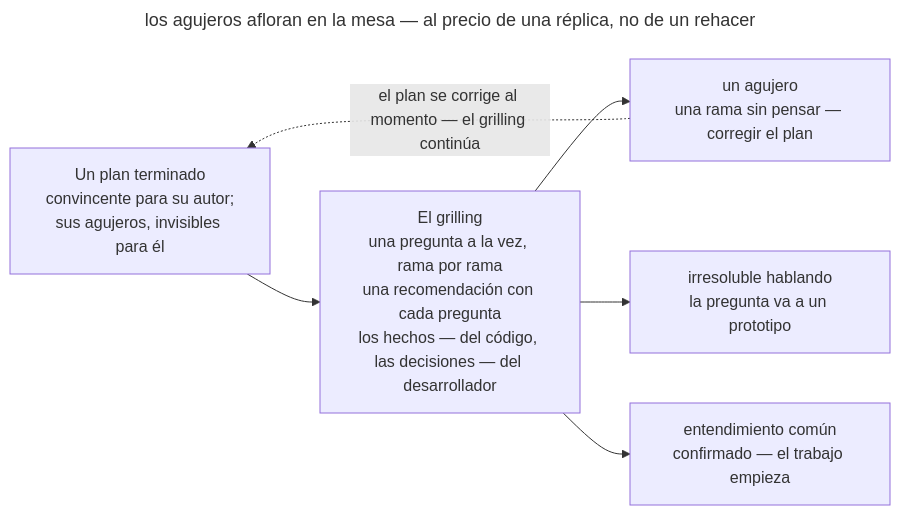
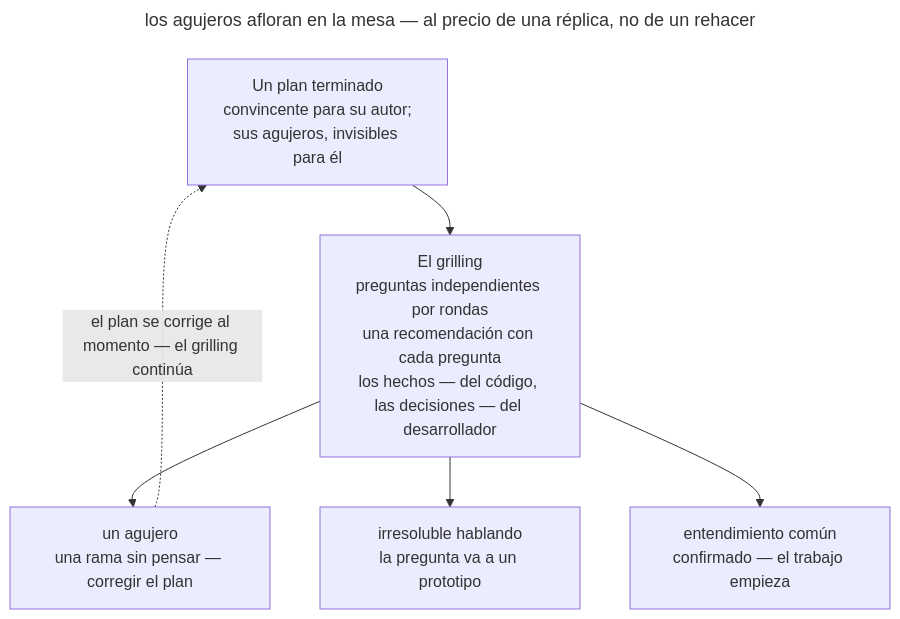
Before and after one commit to Rastavelli/agentic-coding-design-patterns: the diagram in book/es/grilling.md, drawn with Mermaid. The commit also changed other lines of this file and 29 other files, not shown here.

````diff
--- a/book/es/grilling.md
+++ b/book/es/grilling.md
@@ -68,16 +42,16 @@
 ```mermaid
 ---
 title: los agujeros afloran en la mesa — al precio de una réplica, no de un rehacer
 ---
-flowchart LR
+flowchart TB
   plan["Un plan terminado<br/>convincente para su autor;<br/>sus agujeros, invisibles para él"]:::accent
-  grill["El grilling<br/>una pregunta a la vez, rama por rama<br/>una recomendación con cada pregunta<br/>los hechos — del código, las decisiones — del desarrollador"]
+  grill["El grilling<br/>preguntas independientes por rondas<br/>una recomendación con cada pregunta<br/>los hechos — del código, las decisiones — del desarrollador"]
   hole["un agujero<br/>una rama sin pensar — corregir el plan"]:::warn
   proto["irresoluble hablando<br/>la pregunta va a un prototipo"]:::muted
   shared["entendimiento común<br/>confirmado — el trabajo empieza"]:::accent
   plan --> grill
   grill --> hole
   grill --> proto
   grill --> shared
   hole -. "el plan se corrige al momento — el grilling continúa" .-> plan
 ```
````
